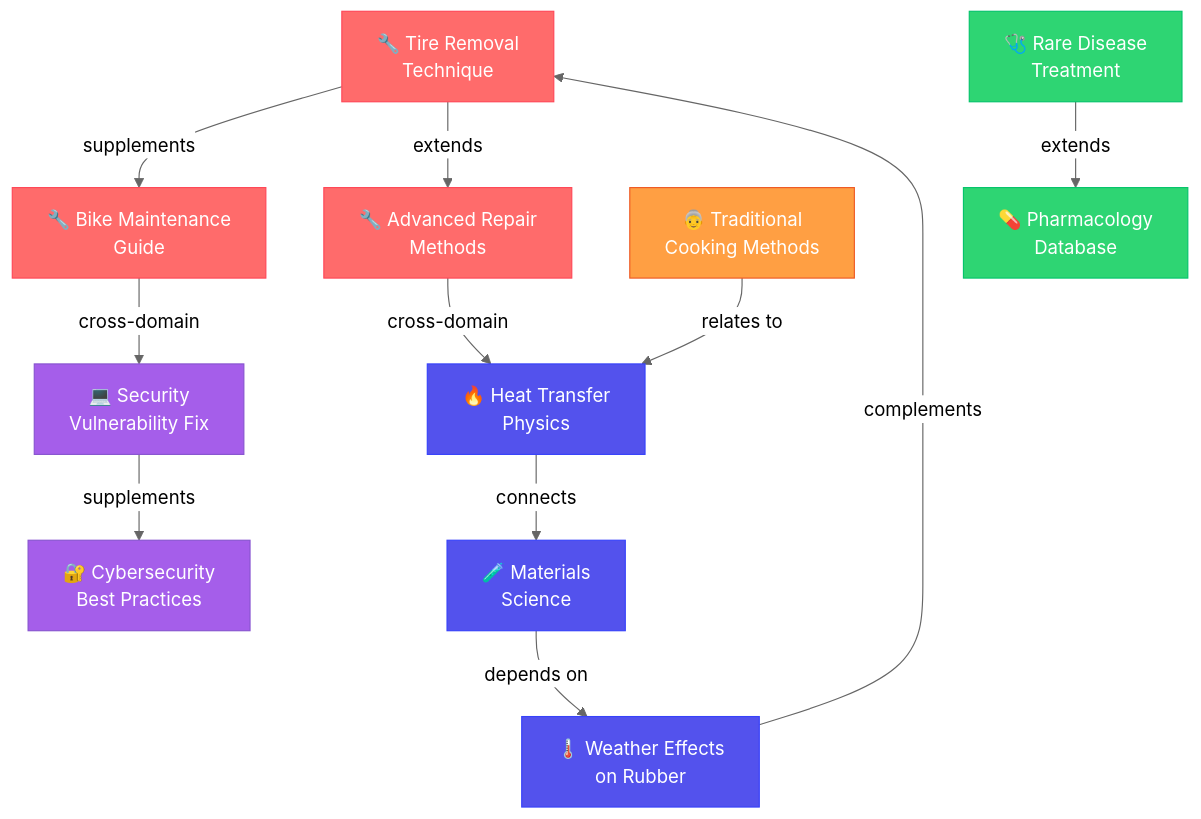
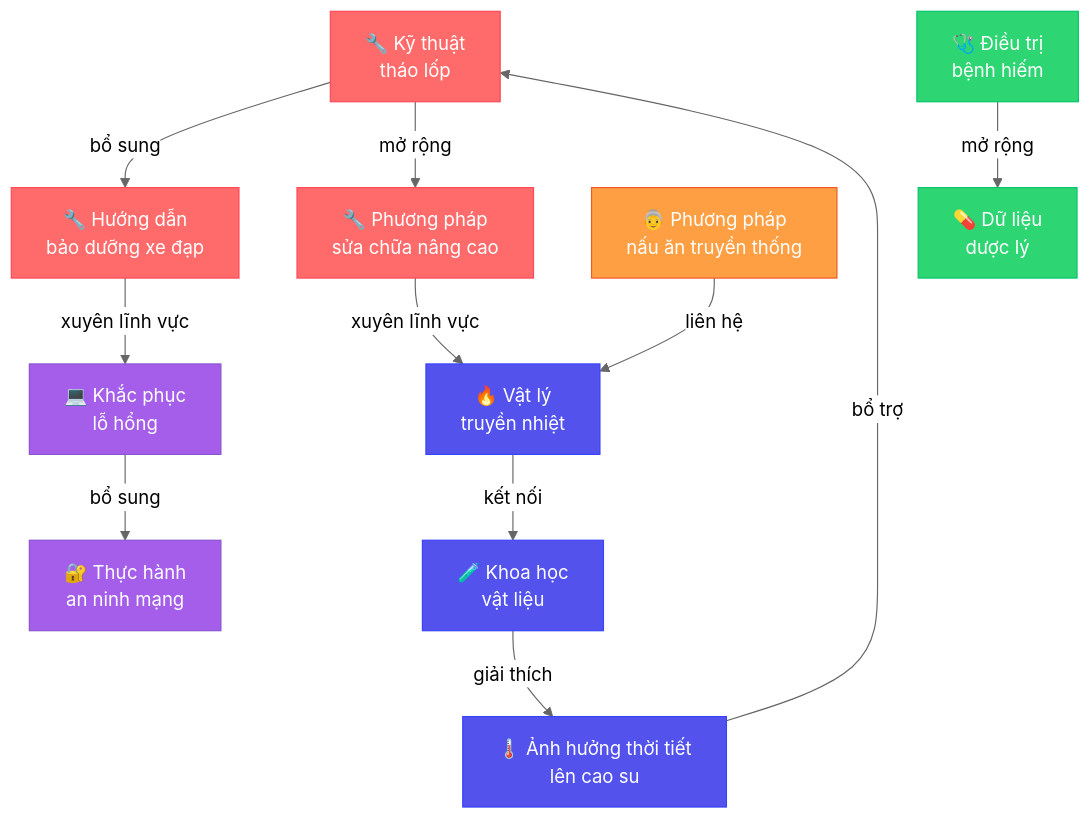
Before and after one commit to shpy2001gemi/OneBrain: the first of 4 diagrams in README.md, drawn with Mermaid (neutral theme). The commit also changed other lines of this file and 120 other files, not shown here.

````diff
--- a/README.md
+++ b/README.md
@@ -263,25 +279,25 @@
 ```mermaid
 graph TD
-    A["🔧 Tire Removal<br/>Technique"] -->|supplements| B["🔧 Bike Maintenance<br/>Guide"]
-    A -->|extends| C["🔧 Advanced Repair<br/>Methods"]
-    D["🌡️ Weather Effects<br/>on Rubber"] -->|complements| A
-    E["🧪 Materials<br/>Science"] -->|depends on| D
-    F["👵 Traditional<br/>Cooking Methods"] -->|relates to| G["🔥 Heat Transfer<br/>Physics"]
-    G -->|connects| E
-    H["🩺 Rare Disease<br/>Treatment"] -->|extends| I["💊 Pharmacology<br/>Database"]
-    J["💻 Security<br/>Vulnerability Fix"] -->|supplements| K["🔐 Cybersecurity<br/>Best Practices"]
-    C -->|cross-domain| G
-    B -->|cross-domain| J
+    A["🔧 Kỹ thuật<br/>tháo lốp"] -->|bổ sung| B["🔧 Hướng dẫn<br/>bảo dưỡng xe đạp"]
+    A -->|mở rộng| C["🔧 Phương pháp<br/>sửa chữa nâng cao"]
+    D["🌡️ Ảnh hưởng thời tiết<br/>lên cao su"] -->|bổ trợ| A
+    E["🧪 Khoa học<br/>vật liệu"] -->|giải thích| D
+    F["👵 Phương pháp<br/>nấu ăn truyền thống"] -->|liên hệ| G["🔥 Vật lý<br/>truyền nhiệt"]
+    G -->|kết nối| E
+    H["🩺 Điều trị<br/>bệnh hiếm"] -->|mở rộng| I["💊 Dữ liệu<br/>dược lý"]
+    J["💻 Khắc phục<br/>lỗ hổng"] -->|bổ sung| K["🔐 Thực hành<br/>an ninh mạng"]
+    C -->|xuyên lĩnh vực| G
+    B -->|xuyên lĩnh vực| J
 
     style A fill:#ff6b6b,stroke:#ff4757,color:#fff
     style B fill:#ff6b6b,stroke:#ff4757,color:#fff
     style C fill:#ff6b6b,stroke:#ff4757,color:#fff
     style D fill:#5352ed,stroke:#3742fa,color:#fff
     style E fill:#5352ed,stroke:#3742fa,color:#fff
     style F fill:#ff9f43,stroke:#ee5a24,color:#fff
     style G fill:#5352ed,stroke:#3742fa,color:#fff
     style H fill:#2ed573,stroke:#05c46b,color:#fff
     style I fill:#2ed573,stroke:#05c46b,color:#fff
     style J fill:#a55eea,stroke:#8854d0,color:#fff
     style K fill:#a55eea,stroke:#8854d0,color:#fff
 ```
````
